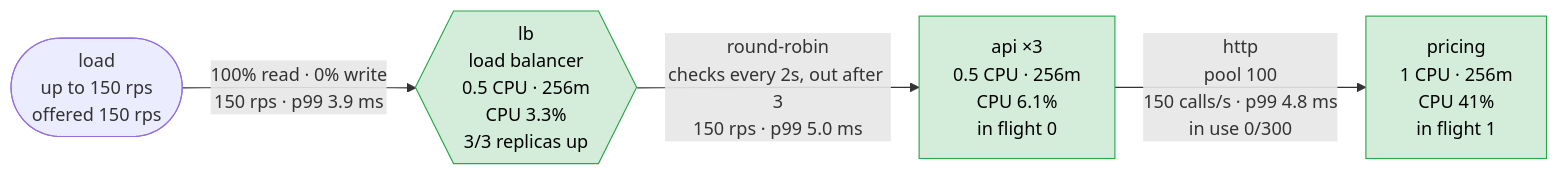
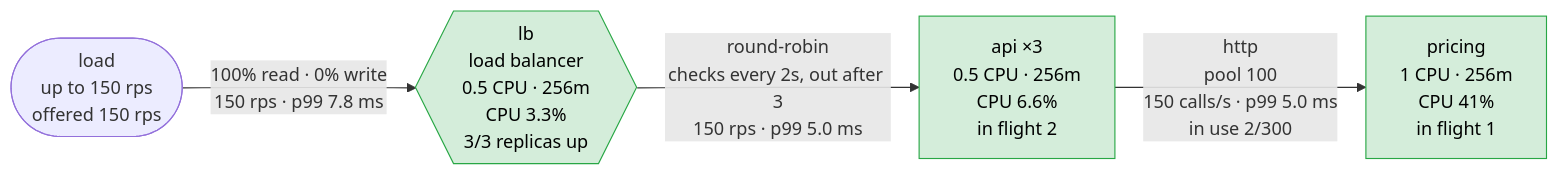
The first of 5 diagrams in scenarios/slow-dependency/solutions/circuit-breaker/report.md (akinfemi/load-lore), drawn with Mermaid before and after one commit. The commit also changed other lines of this file and 71 other files, not shown here.

````diff
--- a/scenarios/slow-dependency/solutions/circuit-breaker/report.md
+++ b/scenarios/slow-dependency/solutions/circuit-breaker/report.md
@@ -15,14 +15,14 @@
 ```mermaid
 flowchart LR
     load(["load<br/>up to 150 rps<br/>offered 150 rps"])
     lb{{"lb<br/>load balancer<br/>0.5 CPU · 256m<br/>CPU 3.3%<br/>3/3 replicas up"}}
-    api["api ×3<br/>0.5 CPU · 256m<br/>CPU 6.1%<br/>in flight 0"]
+    api["api ×3<br/>0.5 CPU · 256m<br/>CPU 6.6%<br/>in flight 2"]
     pricing["pricing<br/>1 CPU · 256m<br/>CPU 41%<br/>in flight 1"]
-    load -->|"100% read · 0% write<br/>150 rps · p99 3.9 ms"| lb
+    load -->|"100% read · 0% write<br/>150 rps · p99 7.8 ms"| lb
     lb -->|"round-robin<br/>checks every 2s, out after 3<br/>150 rps · p99 5.0 ms"| api
-    api -->|"http<br/>pool 100<br/>150 calls/s · p99 4.8 ms<br/>in use 0/300"| pricing
+    api -->|"http<br/>pool 100<br/>150 calls/s · p99 5.0 ms<br/>in use 2/300"| pricing
     classDef ok fill:#d4edda,stroke:#28a745,color:#000
     classDef warm fill:#fff3cd,stroke:#d39e00,color:#000
     classDef hot fill:#f8d7da,stroke:#dc3545,color:#000
     class lb,api,pricing ok
 ```
````
